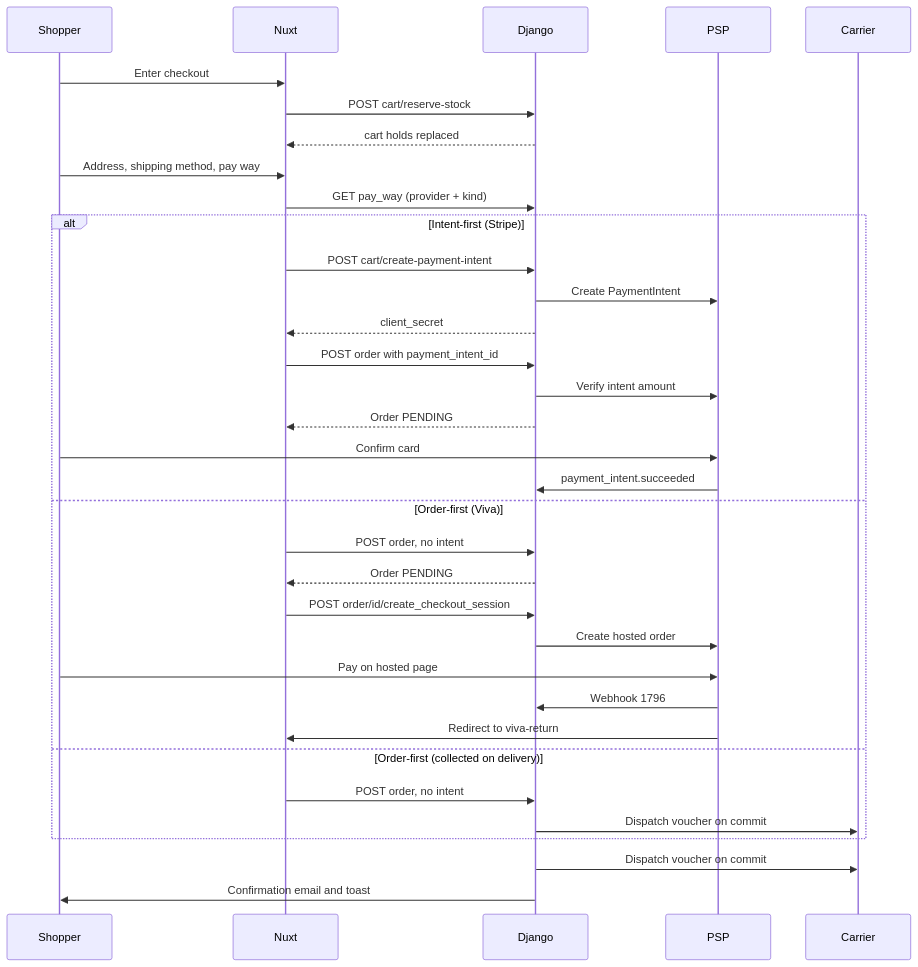
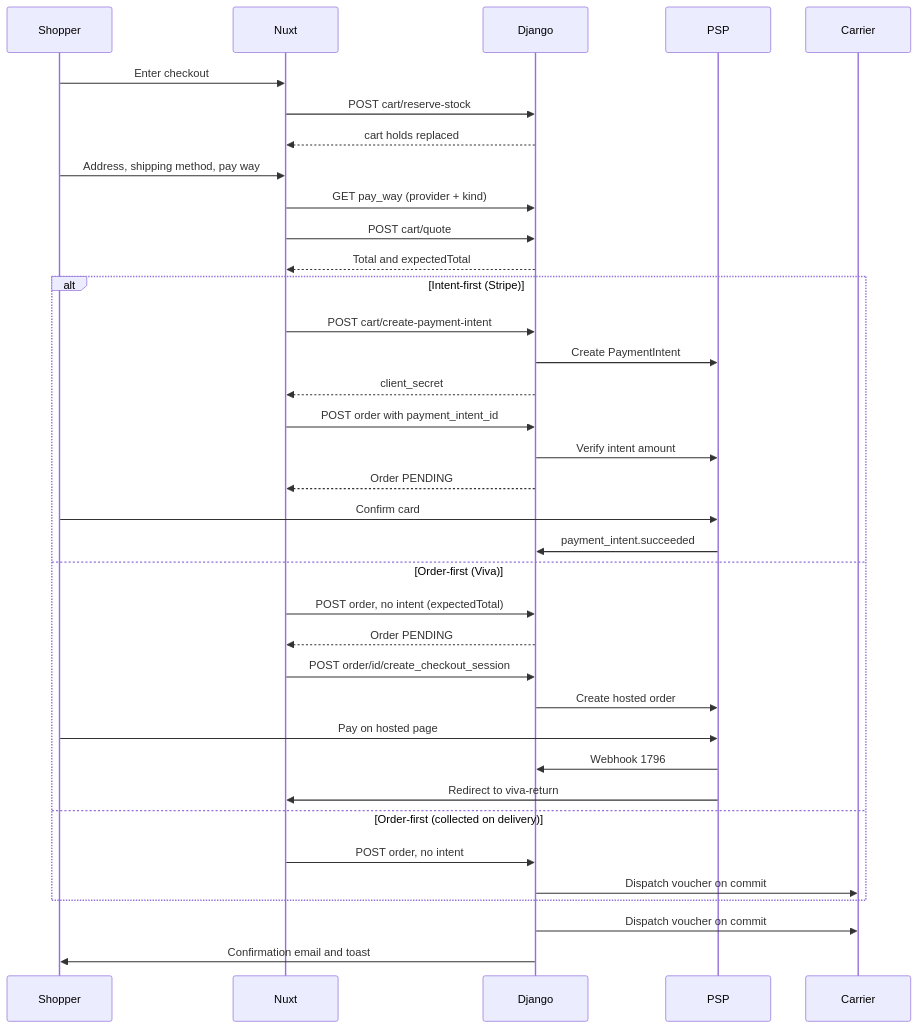
The diagram in src/dev/flows/checkout-and-payment.md (vasilistotskas/grooveshop-docs), drawn with Mermaid before and after one commit. The commit also changed other lines of this file and 9 other files, not shown here.

````diff
--- a/src/dev/flows/checkout-and-payment.md
+++ b/src/dev/flows/checkout-and-payment.md
@@ -23,37 +23,39 @@
 ```mermaid
 sequenceDiagram
   participant S as Shopper
   participant N as Nuxt
   participant D as Django
   participant P as PSP
   participant C as Carrier
 
   S->>N: Enter checkout
   N->>D: POST cart/reserve-stock
   D-->>N: cart holds replaced
   S->>N: Address, shipping method, pay way
   N->>D: GET pay_way (provider + kind)
+  N->>D: POST cart/quote
+  D-->>N: Total and expectedTotal
   alt Intent-first (Stripe)
     N->>D: POST cart/create-payment-intent
     D->>P: Create PaymentIntent
     D-->>N: client_secret
     N->>D: POST order with payment_intent_id
     D->>P: Verify intent amount
     D-->>N: Order PENDING
     S->>P: Confirm card
     P->>D: payment_intent.succeeded
   else Order-first (Viva)
-    N->>D: POST order, no intent
+    N->>D: POST order, no intent (expectedTotal)
     D-->>N: Order PENDING
     N->>D: POST order/id/create_checkout_session
     D->>P: Create hosted order
     S->>P: Pay on hosted page
     P->>D: Webhook 1796
     P->>N: Redirect to viva-return
   else Order-first (collected on delivery)
     N->>D: POST order, no intent
     D->>C: Dispatch voucher on commit
   end
   D->>C: Dispatch voucher on commit
   D->>S: Confirmation email and toast
 ```
````
